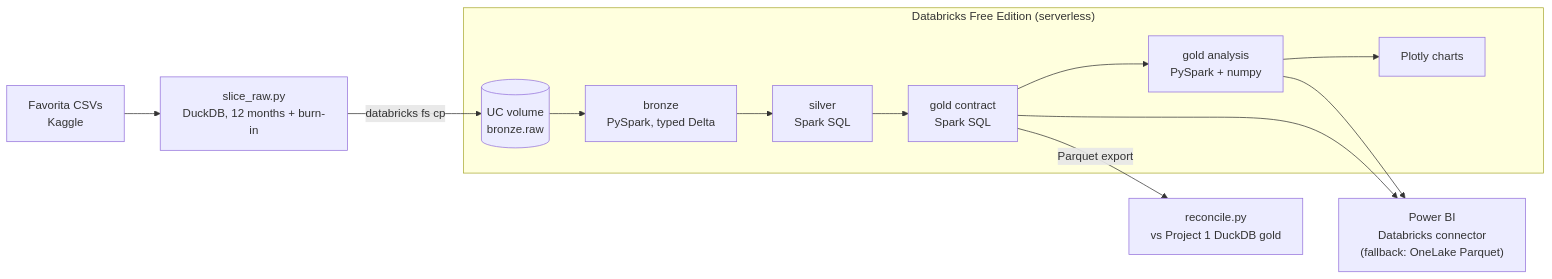
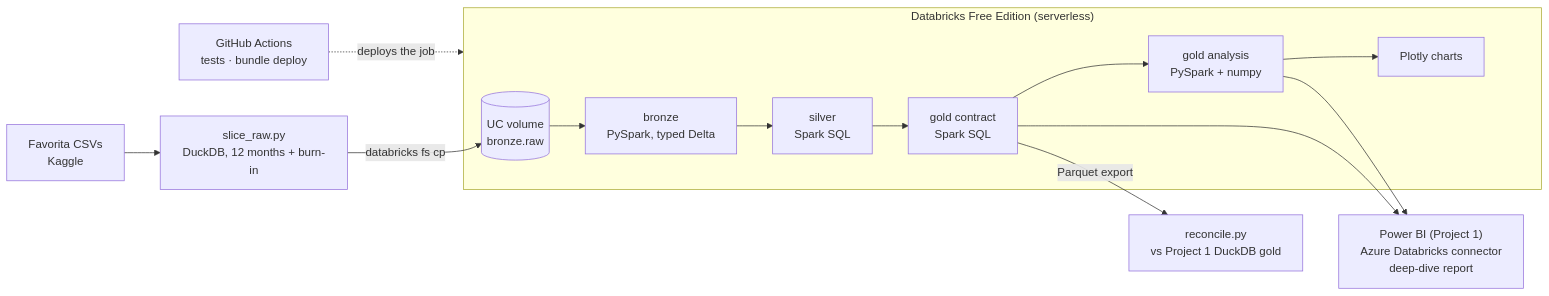
One commit to zakaria17amir/favorita-stockout-promo-databricks changed the diagram in README.md. Above: the diagram before and after it, drawn with Mermaid. The commit also changed other lines of this file, not shown here.

Commit message:
docs(readme): drop the roadmap; describe how Project 1's Power BI report uses the gold tables

````diff
--- a/README.md
+++ b/README.md
@@ -111,15 +111,16 @@
 ```mermaid
 flowchart LR
     K["Favorita CSVs<br/>Kaggle"] --> S["slice_raw.py<br/>DuckDB, 12 months + burn-in"]
     S -->|"databricks fs cp"| V[("UC volume<br/>bronze.raw")]
     subgraph DBX["Databricks Free Edition (serverless)"]
         V --> B["bronze<br/>PySpark, typed Delta"]
         B --> SV["silver<br/>Spark SQL"]
         SV --> GC["gold contract<br/>Spark SQL"]
         GC --> GN["gold analysis<br/>PySpark + numpy"]
         GN --> P["Plotly charts"]
     end
     GC -->|"Parquet export"| R["reconcile.py<br/>vs Project 1 DuckDB gold"]
-    GC --> PBI["Power BI<br/>Databricks connector<br/>(fallback: OneLake Parquet)"]
+    GC --> PBI["Power BI (Project 1)<br/>Azure Databricks connector<br/>deep-dive report"]
+    GH["GitHub Actions<br/>tests · bundle deploy"] -.->|"deploys the job"| DBX
     GN --> PBI
 ```
````
